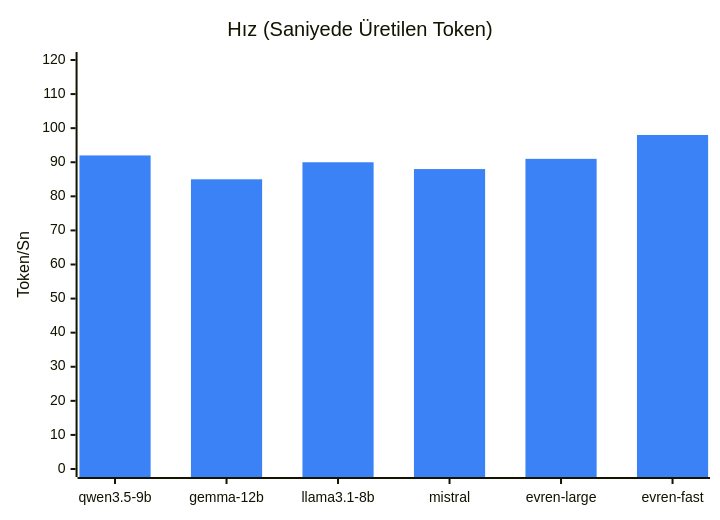
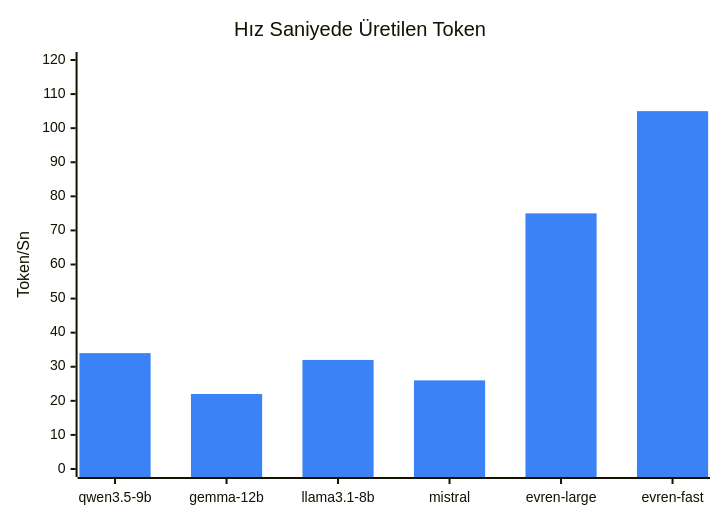
One commit to chyp3r/KACHOW-Teknofest-2026 changed diagram 12 of 17 in README.md. Above: the diagram before and after it, drawn with Mermaid. The commit also changed other lines of this file and 1 other file, not shown here.

````diff
--- a/README.md
+++ b/README.md
@@ -610,8 +658,8 @@
 ```mermaid
 %%{init: { 'theme': 'base', 'themeVariables': { 'xyChart': {'plotColorPalette': '#3b82f6'} } } }%%
 xychart-beta
-    title "Hız (Saniyede Üretilen Token)"
+    title "Hız Saniyede Üretilen Token"
     x-axis ["qwen3.5-9b", "gemma-12b", "llama3.1-8b", "mistral", "evren-large", "evren-fast"]
     y-axis "Token/Sn" 0 --> 120
-    bar [92, 85, 90, 88, 91, 98]
+    bar [34, 22, 32, 26, 75, 105]
 ```
````
